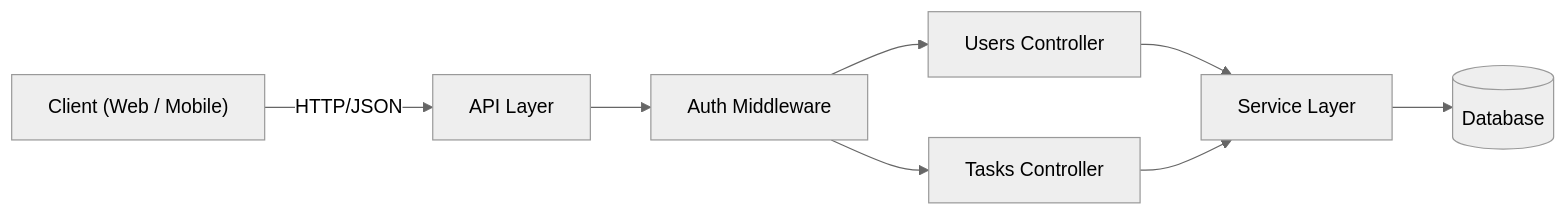
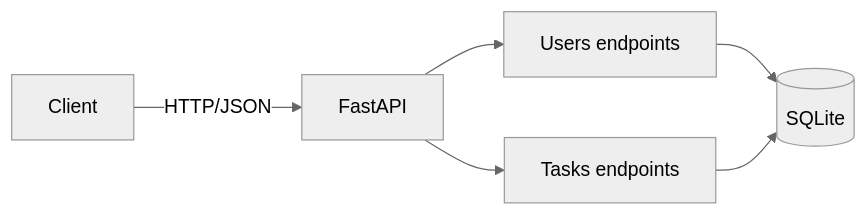
Before and after one commit to AmirFrooooooog/student-management: the diagram in README.md, drawn with Mermaid (neutral theme). The commit also changed other lines of this file, not shown here.

````diff
--- a/README.md
+++ b/README.md
@@ -43,10 +114,8 @@
 ```mermaid
 flowchart LR
-    Client["Client (Web / Mobile)"] -->|HTTP/JSON| API["API Layer"]
-    API --> Auth["Auth Middleware"]
-    Auth --> UC["Users Controller"]
-    Auth --> TC["Tasks Controller"]
-    UC --> SVC["Service Layer"]
-    TC --> SVC
-    SVC --> DB[("Database")]
+    Client["Client"] -->|HTTP/JSON| API["FastAPI"]
+    API --> Users["Users endpoints"]
+    API --> Tasks["Tasks endpoints"]
+    Users --> DB[("SQLite")]
+    Tasks --> DB
 ```
````
